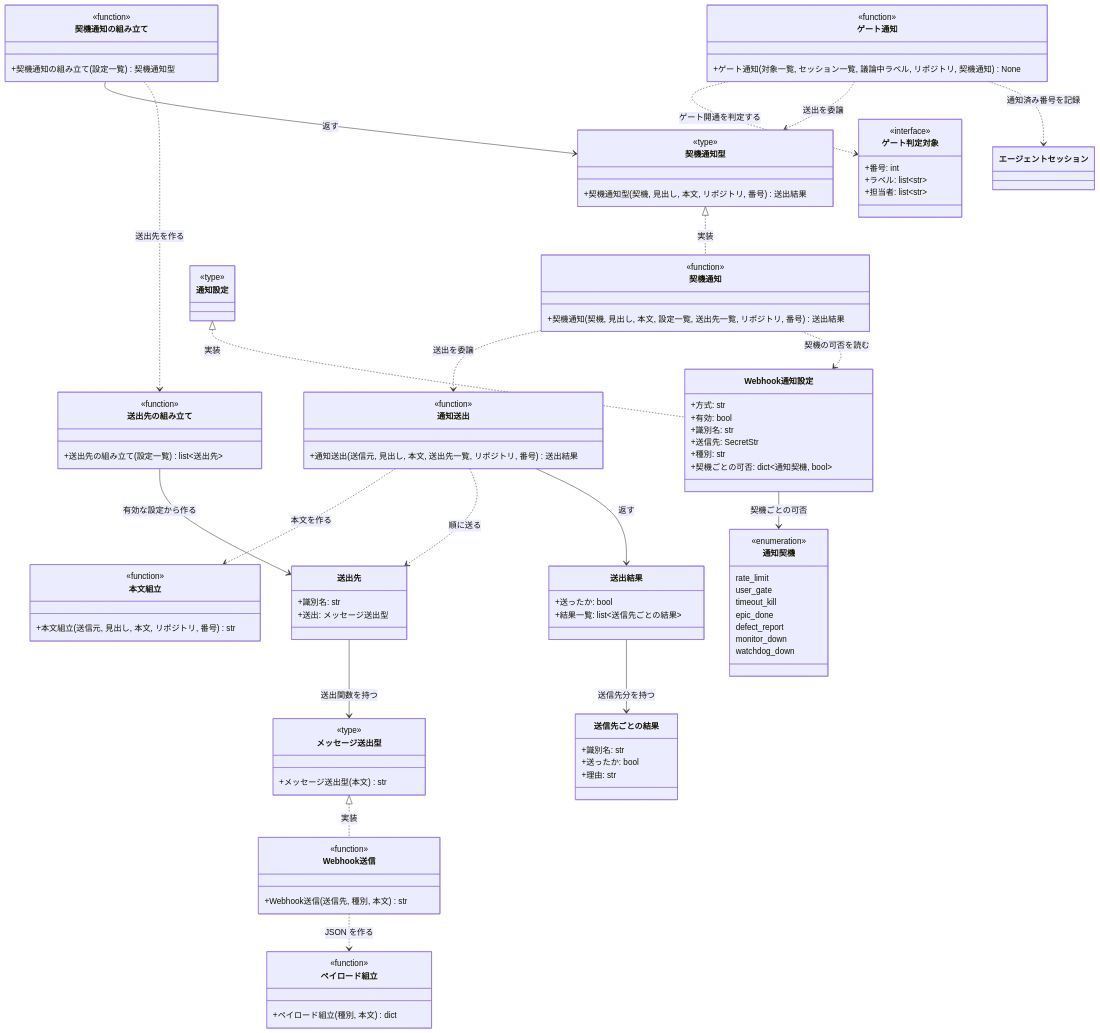
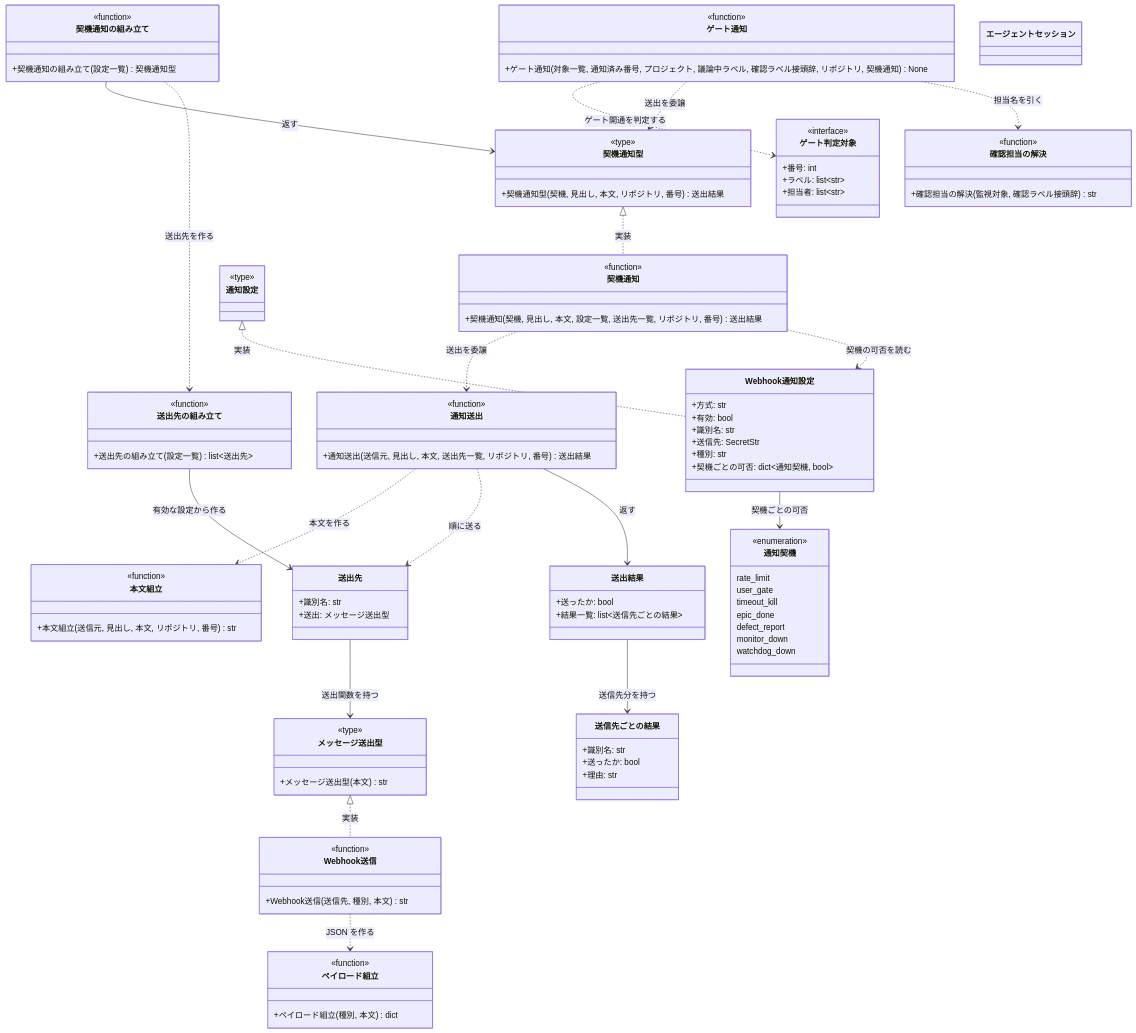
Before and after one commit to shuhei1101/ai-monitor: the diagram in docs/wiki/設計図/モジュール構成/モニター/通知.py.md, drawn with Mermaid. The commit also changed other lines of this file and 174 other files, not shown here.

````diff
--- a/docs/wiki/設計図/モジュール構成/モニター/通知.py.md
+++ b/docs/wiki/設計図/モジュール構成/モニター/通知.py.md
@@ -65,7 +66,7 @@
   Webhook通知設定 --> 通知契機 : 契機ごとの可否
   ゲート通知 ..> ゲート判定対象 : ゲート開通を判定する
   ゲート通知 ..> 契機通知型 : 送出を委譲
-  ゲート通知 ..> エージェントセッション : 通知済み番号を記録
+  ゲート通知 ..> 確認担当の解決 : 担当名を引く
 
   class 契機通知の組み立て {
     <<function>>
@@ -154,7 +155,11 @@
 
   class ゲート通知 {
     <<function>>
-    +ゲート通知(対象一覧, セッション一覧, 議論中ラベル, リポジトリ, 契機通知) None
+    +ゲート通知(対象一覧, 通知済み番号, プロジェクト, 議論中ラベル, 確認ラベル接頭辞, リポジトリ, 契機通知) None
+  }
+  class 確認担当の解決 {
+    <<function>>
+    +確認担当の解決(監視対象, 確認ラベル接頭辞) str
   }
 
   class ゲート判定対象 {
@@ -183,6 +188,7 @@
   click 送出結果 href "#送出結果"
   click 通知契機 href "#通知契機"
   click ゲート通知 href "#ゲート通知"
+  click 確認担当の解決 href "#確認担当の解決"
   click ゲート判定対象 href "#ゲート判定対象"
   click エージェントセッション href "./エージェント管理.py.md#エージェントセッション"
 ```
````
